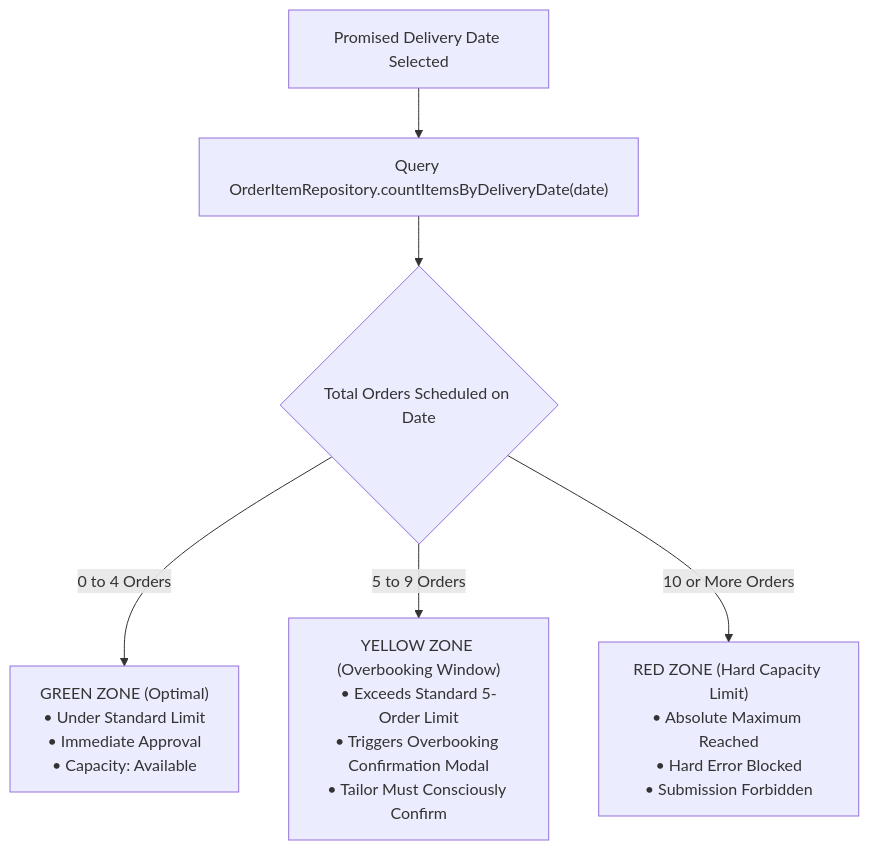
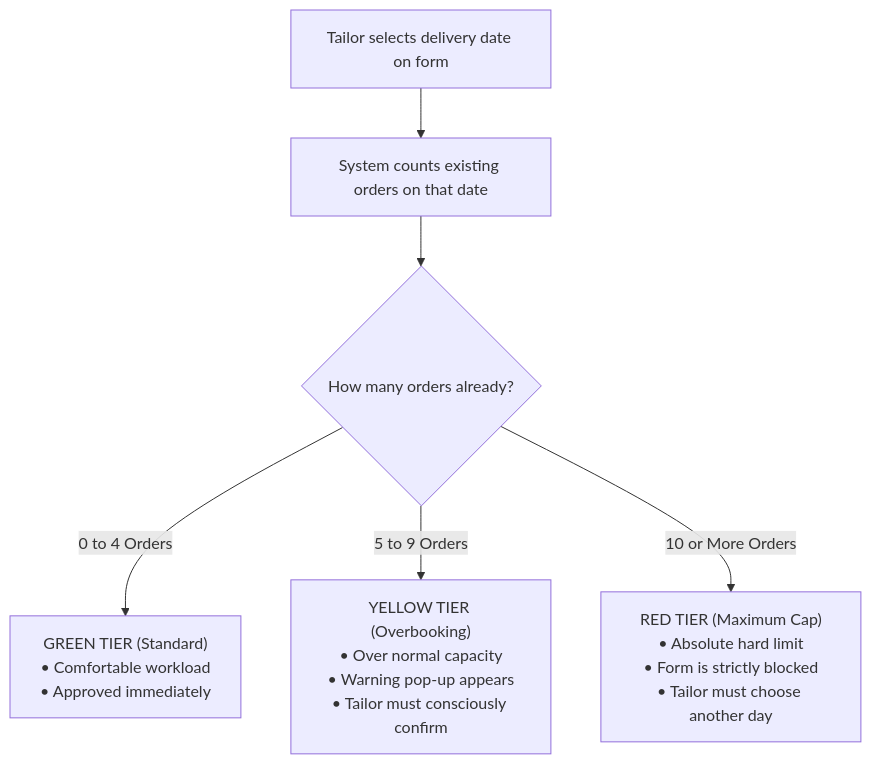
The second of 2 diagrams in docs/04-ORDER_LIFECYCLE_FINANCIALS_AND_CAPACITY_SCHEDULER.md (shubham-tankariya-01/geetanjali), drawn with Mermaid before and after one commit. The commit also changed other lines of this file and 7 other files, not shown here.

First line of the commit message:
docs: simplify documentation language and remove future roadmap

````diff
--- a/docs/04-ORDER_LIFECYCLE_FINANCIALS_AND_CAPACITY_SCHEDULER.md
+++ b/docs/04-ORDER_LIFECYCLE_FINANCIALS_AND_CAPACITY_SCHEDULER.md
@@ -48,12 +48,12 @@
 ```mermaid
 graph TD
-    DateInput["Promised Delivery Date Selected"] --> CheckCap["Query OrderItemRepository.countItemsByDeliveryDate(date)"]
+    PickDate["Tailor selects delivery date on form"] --> Check["System counts existing orders on that date"]
     
-    CheckCap --> Eval{Total Orders Scheduled on Date}
+    Check --> TierEval{How many orders already?}
     
-    Eval -- "0 to 4 Orders" --> GreenZone["GREEN ZONE (Optimal)<br/>• Under Standard Limit<br/>• Immediate Approval<br/>• Capacity: Available"]
+    TierEval -- "0 to 4 Orders" --> Green["GREEN TIER (Standard)<br/>• Comfortable workload<br/>• Approved immediately"]
     
-    Eval -- "5 to 9 Orders" --> YellowZone["YELLOW ZONE (Overbooking Window)<br/>• Exceeds Standard 5-Order Limit<br/>• Triggers Overbooking Confirmation Modal<br/>• Tailor Must Consciously Confirm"]
+    TierEval -- "5 to 9 Orders" --> Yellow["YELLOW TIER (Overbooking)<br/>• Over normal capacity<br/>• Warning pop-up appears<br/>• Tailor must consciously confirm"]
     
-    Eval -- "10 or More Orders" --> RedZone["RED ZONE (Hard Capacity Limit)<br/>• Absolute Maximum Reached<br/>• Hard Error Blocked<br/>• Submission Forbidden"]
+    TierEval -- "10 or More Orders" --> Red["RED TIER (Maximum Cap)<br/>• Absolute hard limit<br/>• Form is strictly blocked<br/>• Tailor must choose another day"]
 ```
````
